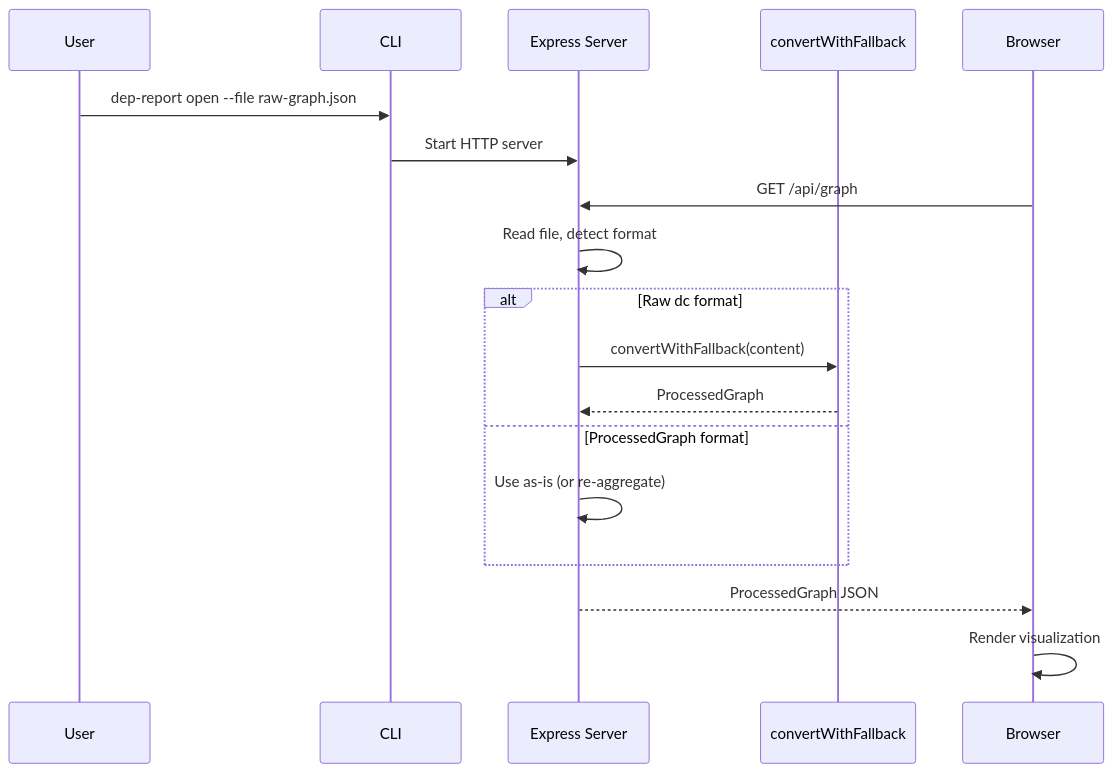
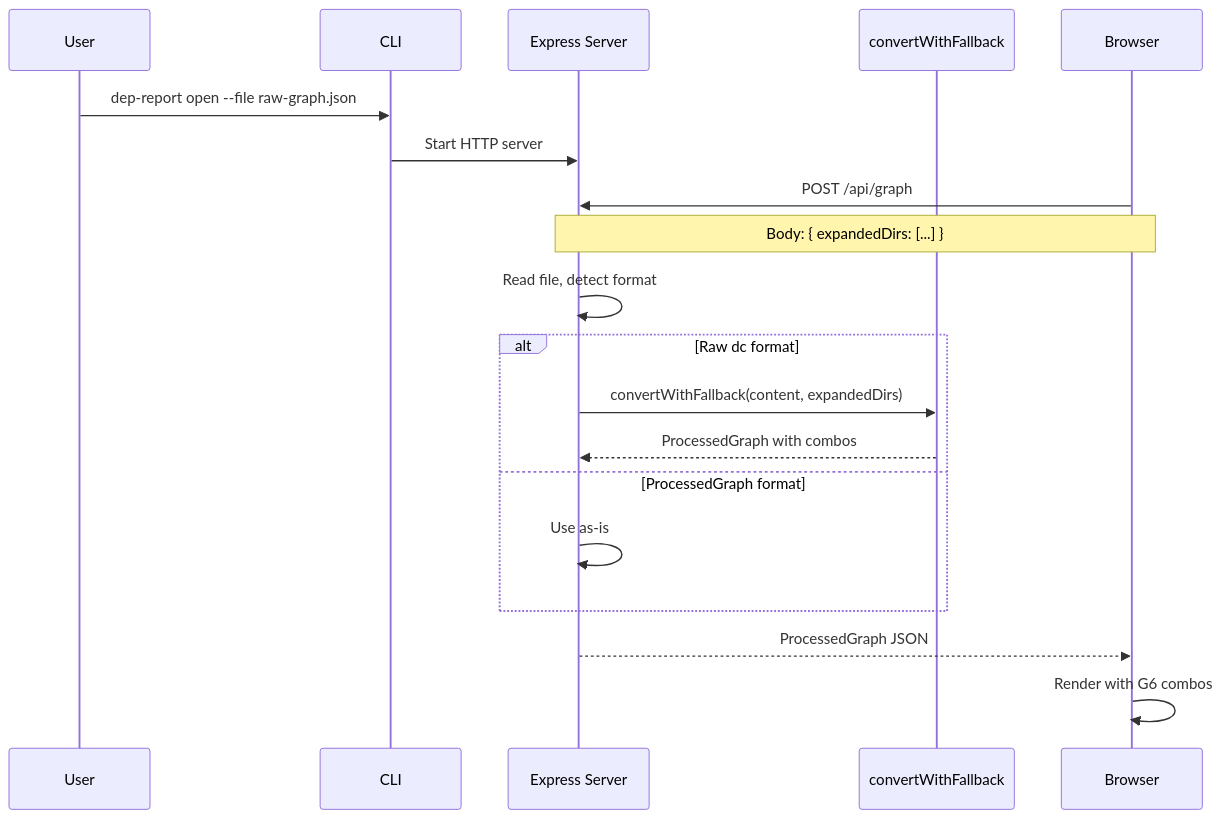
One commit to fisher-89/dependency-cruiser-reporter changed the fourth of 5 diagrams in docs/architecture/data-flow.md. Above: the diagram before and after it, drawn with Mermaid. The commit also changed other lines of this file and 12 other files, not shown here.

````diff
--- a/docs/architecture/data-flow.md
+++ b/docs/architecture/data-flow.md
@@ -88,21 +90,22 @@
 ```mermaid
 sequenceDiagram
     participant User
     participant CLI
     participant Server as Express Server
     participant Convert as convertWithFallback
     participant Browser
 
     User->>CLI: dep-report open --file raw-graph.json
     CLI->>Server: Start HTTP server
-    Browser->>Server: GET /api/graph
+    Browser->>Server: POST /api/graph
+    Note over Browser,Server: Body: { expandedDirs: [...] }
     Server->>Server: Read file, detect format
     alt Raw dc format
-        Server->>Convert: convertWithFallback(content)
-        Convert-->>Server: ProcessedGraph
+        Server->>Convert: convertWithFallback(content, expandedDirs)
+        Convert-->>Server: ProcessedGraph with combos
     else ProcessedGraph format
-        Server->>Server: Use as-is (or re-aggregate)
+        Server->>Server: Use as-is
     end
     Server-->>Browser: ProcessedGraph JSON
-    Browser->>Browser: Render visualization
+    Browser->>Browser: Render with G6 combos
 ```
````
